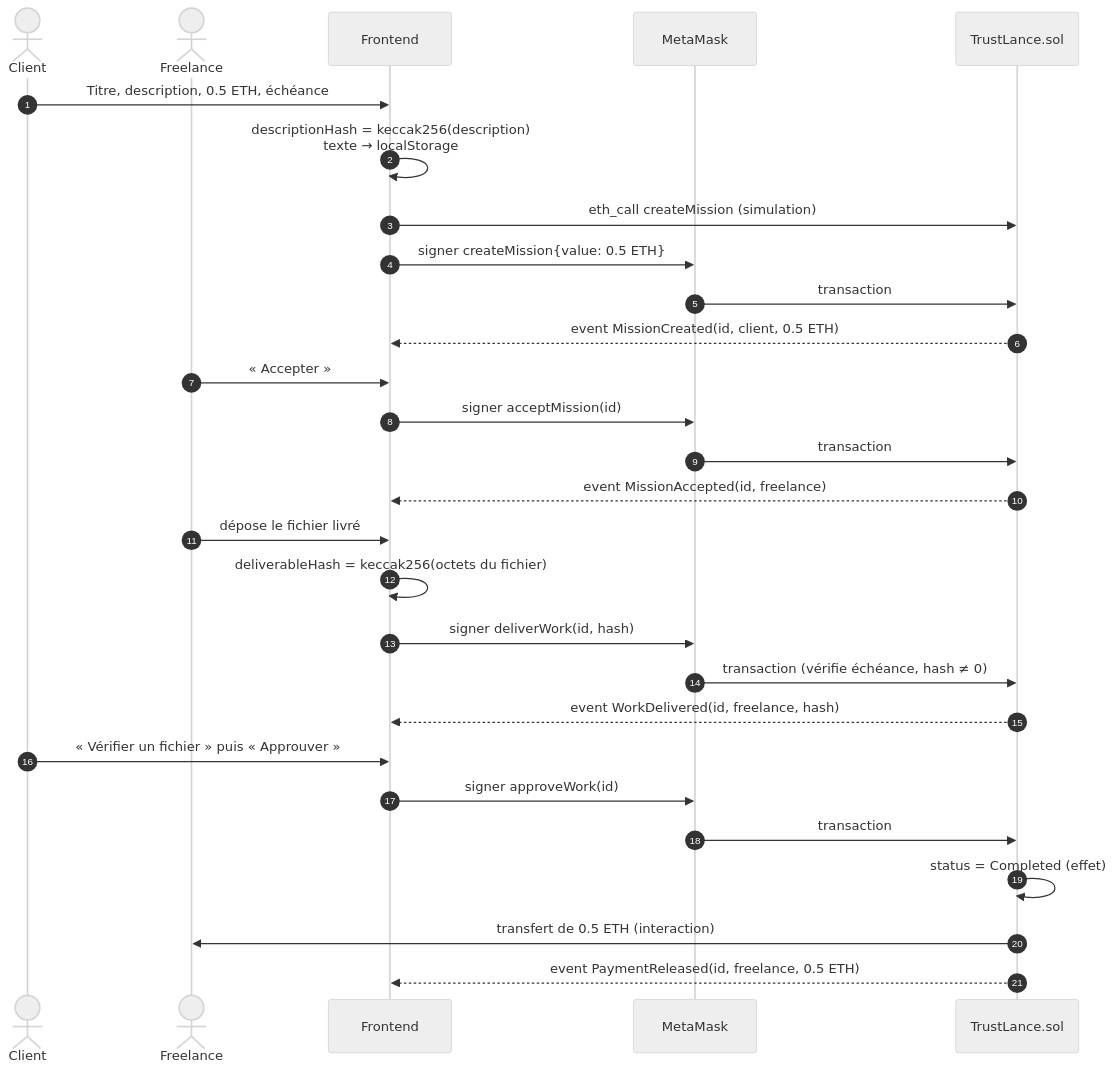
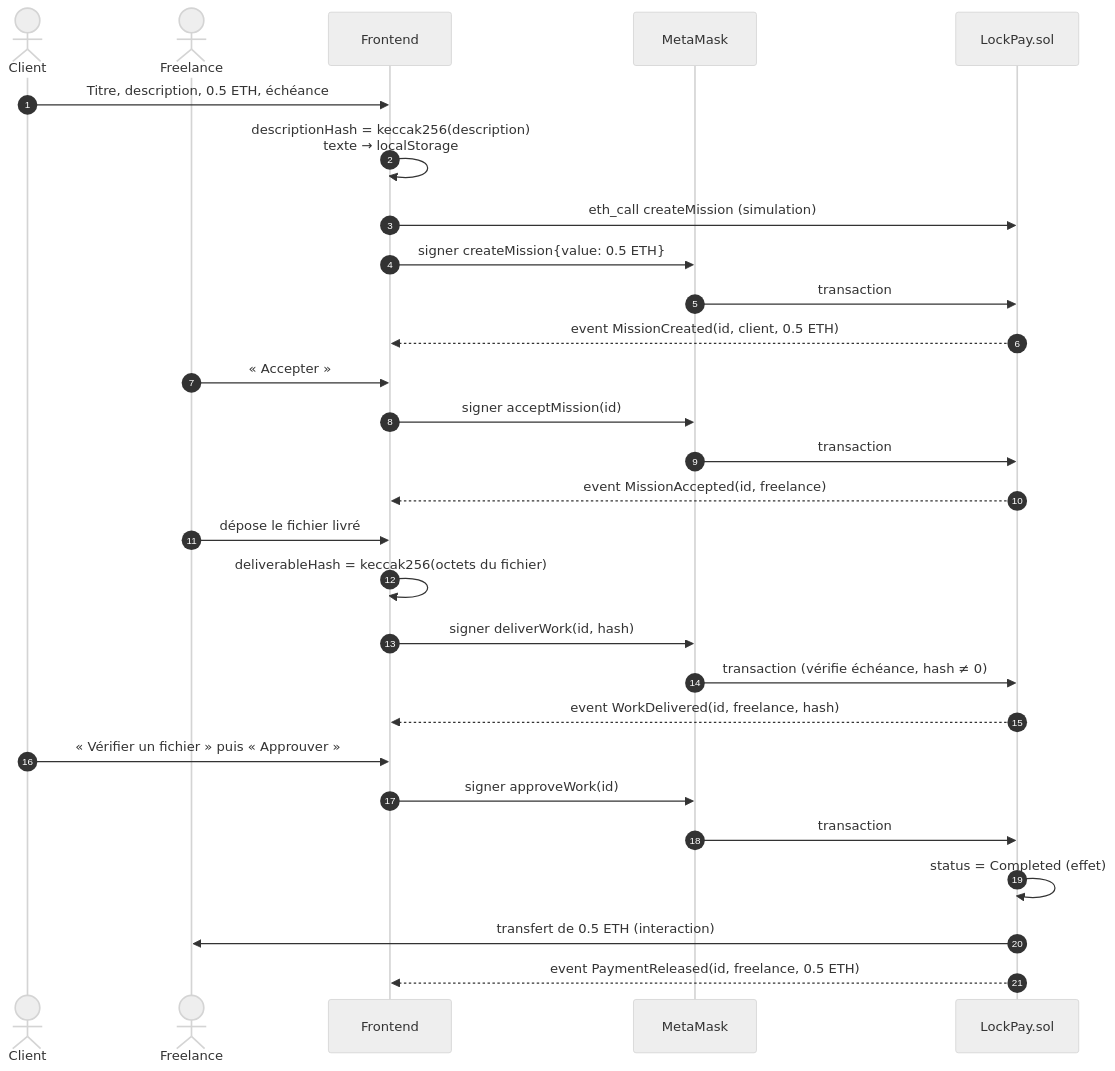
The fourth of 4 diagrams in docs/architecture.md (IsmailMechkene/LockPay), drawn with Mermaid (neutral theme) before and after one commit. The commit also changed other lines of this file and 17 other files, not shown here.

Commit message:
Rename project from TrustLance to LockPay

````diff
--- a/docs/architecture.md
+++ b/docs/architecture.md
@@ -107,34 +107,34 @@
 ```mermaid
 sequenceDiagram
     autonumber
     actor C as Client
     actor F as Freelance
     participant UI as Frontend
     participant MM as MetaMask
-    participant SC as TrustLance.sol
+    participant SC as LockPay.sol
 
     C->>UI: Titre, description, 0.5 ETH, échéance
     UI->>UI: descriptionHash = keccak256(description)<br/>texte → localStorage
     UI->>SC: eth_call createMission (simulation)
     UI->>MM: signer createMission{value: 0.5 ETH}
     MM->>SC: transaction
     SC-->>UI: event MissionCreated(id, client, 0.5 ETH)
 
     F->>UI: « Accepter »
     UI->>MM: signer acceptMission(id)
     MM->>SC: transaction
     SC-->>UI: event MissionAccepted(id, freelance)
 
     F->>UI: dépose le fichier livré
     UI->>UI: deliverableHash = keccak256(octets du fichier)
     UI->>MM: signer deliverWork(id, hash)
     MM->>SC: transaction (vérifie échéance, hash ≠ 0)
     SC-->>UI: event WorkDelivered(id, freelance, hash)
 
     C->>UI: « Vérifier un fichier » puis « Approuver »
     UI->>MM: signer approveWork(id)
     MM->>SC: transaction
     SC->>SC: status = Completed (effet)
     SC->>F: transfert de 0.5 ETH (interaction)
     SC-->>UI: event PaymentReleased(id, freelance, 0.5 ETH)
 ```
````
